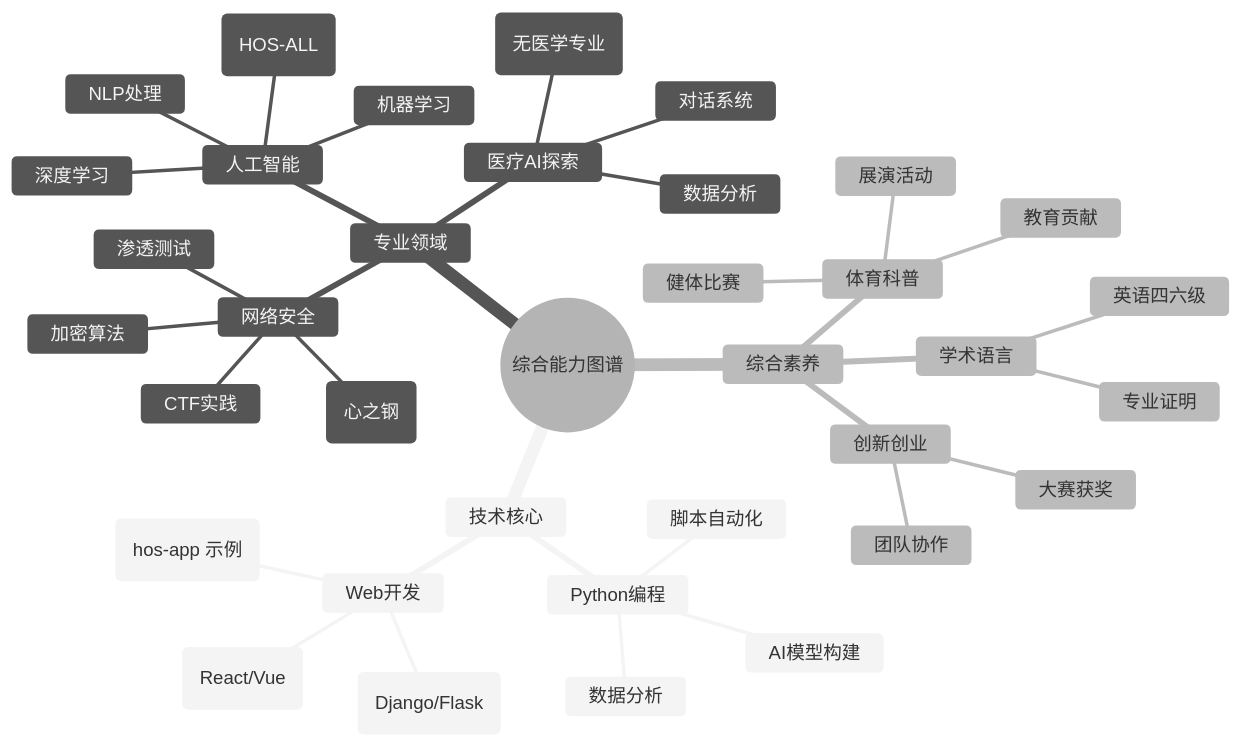
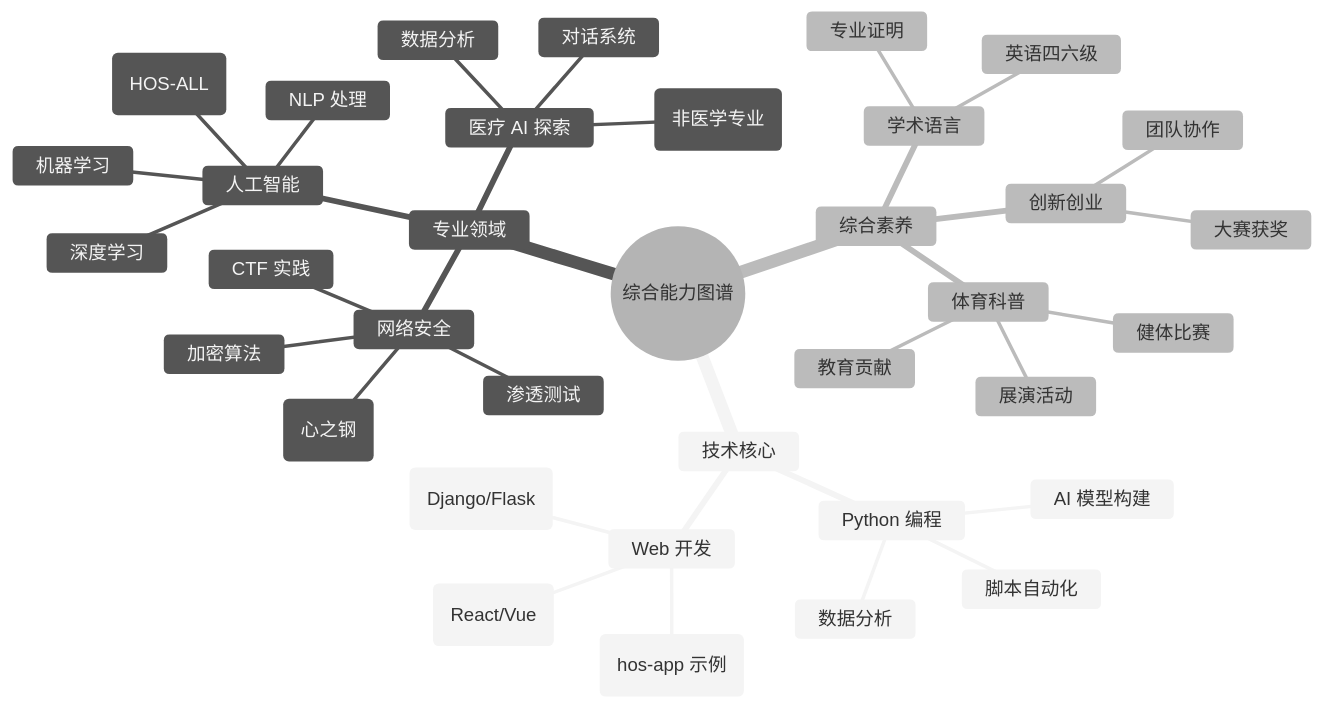
The diagram in README.md (lxcxjxhx/RES-PJEXP), drawn with Mermaid (neutral theme) before and after one commit. The commit also changed other lines of this file, not shown here.

````diff
--- a/README.md
+++ b/README.md
@@ -36,39 +36,39 @@
 ```mermaid
 mindmap
   root((综合能力图谱))
     技术核心
-      Python编程
+      Python 编程
         数据分析
-        AI模型构建
+        AI 模型构建
         脚本自动化
-      Web开发
+      Web 开发
         前端框架(React/Vue)
         后端服务(Django/Flask)
         全栈项目(hos-app 示例)
     专业领域
       网络安全
         渗透测试
         加密算法
-        CTF实践
+        CTF 实践
         平台构建(心之钢)
       人工智能
         机器学习
         深度学习
-        NLP处理
+        NLP 处理
         项目应用(HOS-ALL)
-      医疗AI探索
+      医疗 AI 探索
         对话系统
         数据分析
-        模型训练(无医学专业)
+        模型训练(非医学专业)
     综合素养
       学术语言
         英语四六级
         专业证明
       创新创业
         大赛获奖
         团队协作
       体育科普
         健体比赛
         展演活动
         教育贡献
 ```
````
